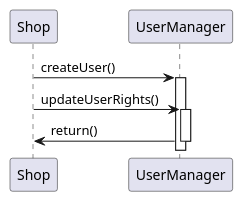
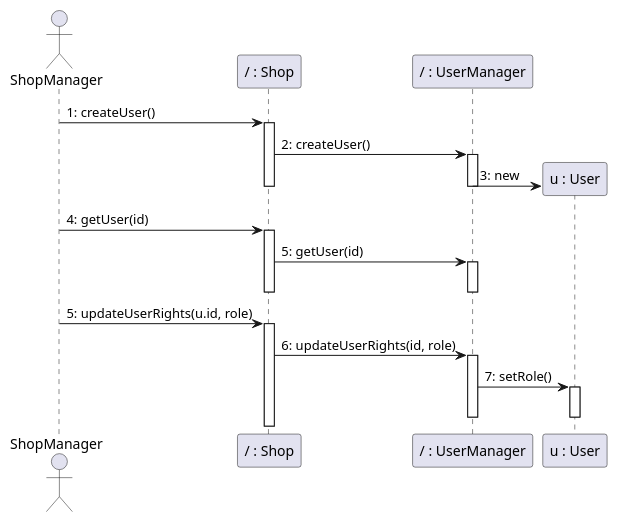
The seventh of 14 diagrams in Deliverables/DesignDocument.md (nicolabattaglino/ezshop), drawn with PlantUML before and after one commit. The commit also changed other lines of this file, not shown here.

````diff
--- a/Deliverables/DesignDocument.md
+++ b/Deliverables/DesignDocument.md
@@ -572,12 +571,34 @@
 ```plantuml
 @startuml
-Shop -> UserManager: createUser()
+actor ShopManager
+participant "/ : Shop" as Shop
+participant "/ : UserManager" as UserManager
+participant "u : User" as User
+ShopManager -> Shop: 1: createUser()
+activate Shop
+Shop -> UserManager: 2: createUser()
 activate UserManager
-Shop -> UserManager: updateUserRights()
+create User
+UserManager -> User: 3: new
+deactivate Shop
+deactivate UserManager
+
+ShopManager -> Shop: 4: getUser(id)
+activate Shop
+Shop -> UserManager: 5: getUser(id)
 activate UserManager
+deactivate UserManager
+deactivate Shop
 
-UserManager -> Shop: return()
+ShopManager -> Shop: 5: updateUserRights(u.id, role)
+activate Shop
+Shop -> UserManager: 6: updateUserRights(id, role)
+activate UserManager
+UserManager -> User: 7: setRole()
+activate User
+deactivate User
+
 deactivate UserManager
 
 @enduml
 ```
````
